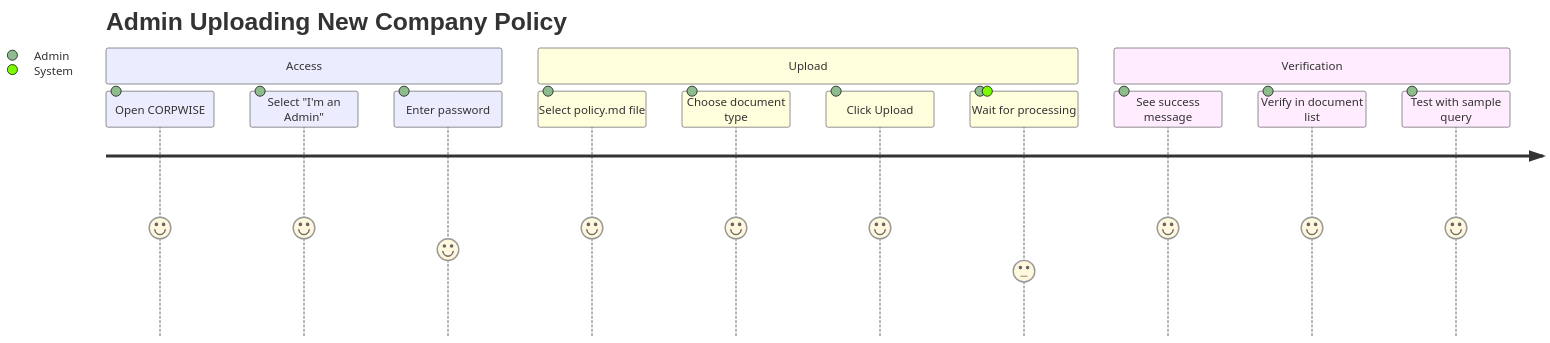
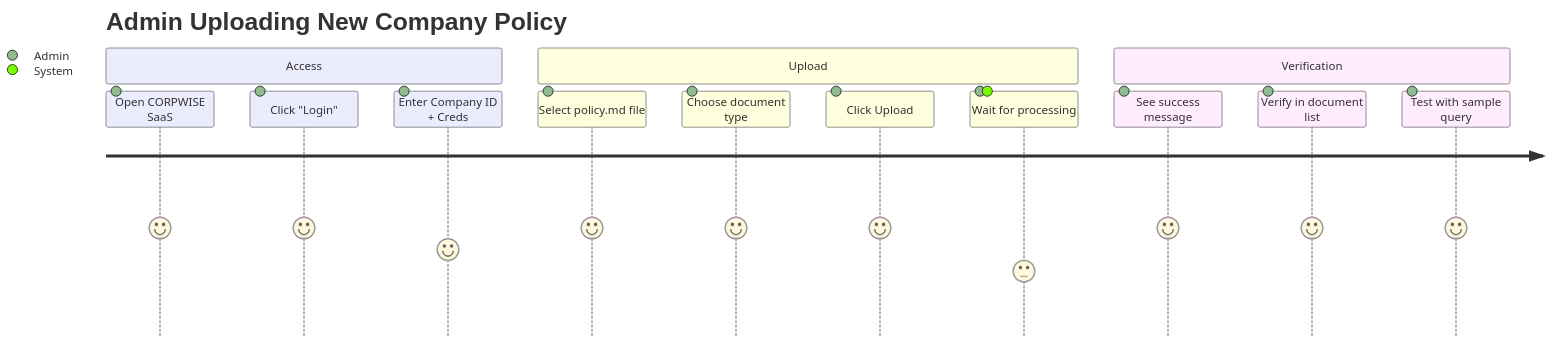
One commit to ShantanuV2709/CORPWISE changed diagram 12 of 18 in project_workflow.md. Above: the diagram before and after it, drawn with Mermaid. The commit also changed other lines of this file and 7 other files, not shown here.

````diff
--- a/project_workflow.md
+++ b/project_workflow.md
@@ -528,17 +530,17 @@
 ```mermaid
 journey
     title Admin Uploading New Company Policy
     section Access
-      Open CORPWISE: 5: Admin
-      Select "I'm an Admin": 5: Admin
-      Enter password: 4: Admin
+      Open CORPWISE SaaS: 5: Admin
+      Click "Login": 5: Admin
+      Enter Company ID + Creds: 4: Admin
     section Upload
       Select policy.md file: 5: Admin
       Choose document type: 5: Admin
       Click Upload: 5: Admin
       Wait for processing: 3: Admin, System
     section Verification
       See success message: 5: Admin
       Verify in document list: 5: Admin
       Test with sample query: 5: Admin
 ```
````
